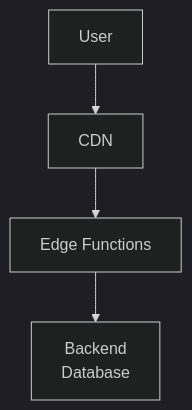
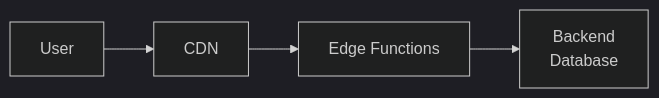
The seventh of 12 diagrams in content/articles/capitulo-1.md (AlexJYad/F5-web-knowledge), drawn with Mermaid (dark theme) before and after one commit. The commit also changed other lines of this file, not shown here.

Commit message:
fix: md 1.1 mermaid SPA/SSR/SSG

````diff
--- a/content/articles/capitulo-1.md
+++ b/content/articles/capitulo-1.md
@@ -272,6 +272,6 @@
 ```mermaid
-flowchart
+flowchart LR
 User --> CDN
 CDN --> Edge[Edge Functions]
 Edge --> Back[Backend<br>Database]
 ```
````
